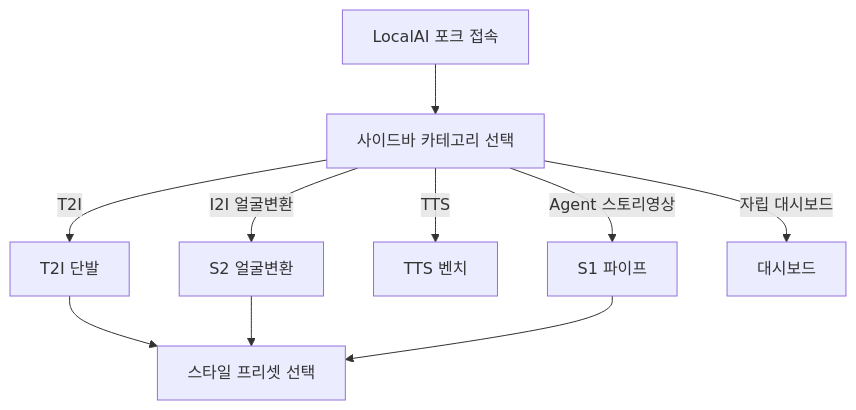
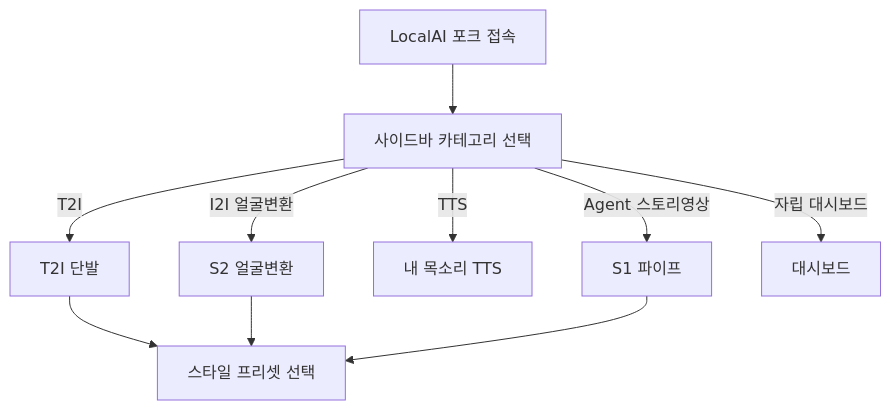
One commit to hayeon3203/DaolVision changed the first of 5 diagrams in docs/UserFlow.md. Above: the diagram before and after it, drawn with Mermaid. The commit also changed other lines of this file and 21 other files, not shown here.

````diff
--- a/docs/UserFlow.md
+++ b/docs/UserFlow.md
@@ -12,12 +12,12 @@
 ```mermaid
 flowchart TD
     A[LocalAI 포크 접속] --> B[사이드바 카테고리 선택]
     B -->|T2I| T[T2I 단발]
     B -->|I2I 얼굴변환| S2[S2 얼굴변환]
-    B -->|TTS| TT[TTS 벤치]
+    B -->|TTS| TT[내 목소리 TTS]
     B -->|Agent 스토리영상| S1[S1 파이프]
     B -->|자립 대시보드| D[대시보드]
     T --> ST[스타일 프리셋 선택]
     S2 --> ST
     S1 --> ST
 ```
````
